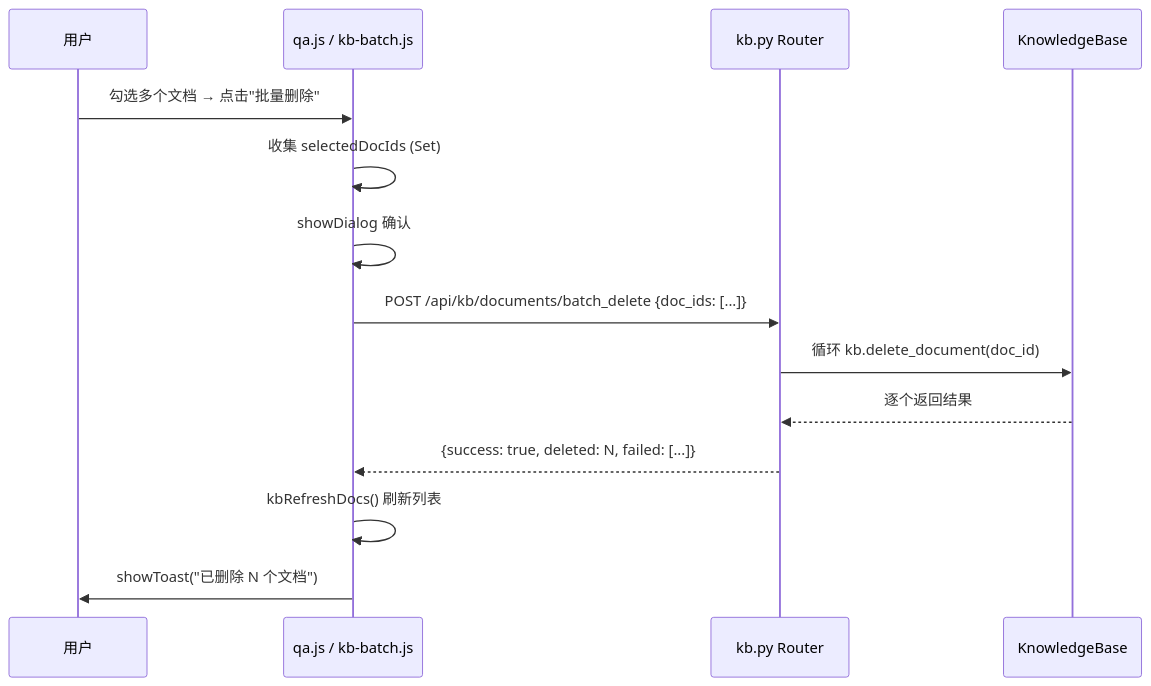
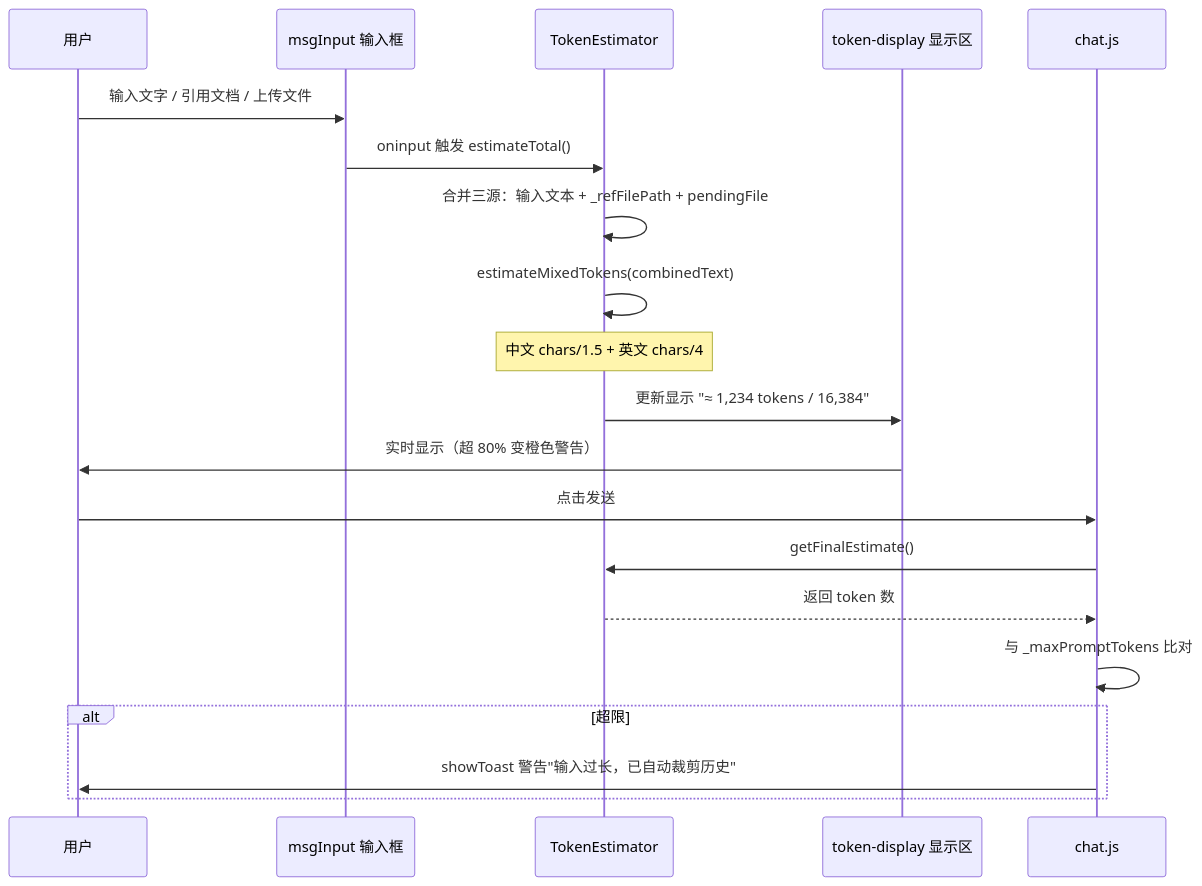
Before and after one commit to zwq871482439/sidemate: the second of 7 diagrams in docs/system_design.md, drawn with Mermaid. The commit also changed other lines of this file and 27 other files, not shown here.

````diff
--- a/docs/system_design.md
+++ b/docs/system_design.md
@@ -315,17 +220,24 @@
 ```mermaid
 sequenceDiagram
     participant U as 用户
-    participant FE as qa.js / kb-batch.js
-    participant BE as kb.py Router
-    participant KB as KnowledgeBase
+    participant Input as msgInput 输入框
+    participant TE as TokenEstimator
+    participant Disp as token-display 显示区
+    participant Chat as chat.js
 
-    U->>FE: 勾选多个文档 → 点击"批量删除"
-    FE->>FE: 收集 selectedDocIds (Set)
-    FE->>FE: showDialog 确认
-    FE->>BE: POST /api/kb/documents/batch_delete {doc_ids: [...]}
-    BE->>KB: 循环 kb.delete_document(doc_id)
-    KB-->>BE: 逐个返回结果
-    BE-->>FE: {success: true, deleted: N, failed: [...]}
-    FE->>FE: kbRefreshDocs() 刷新列表
-    FE->>U: showToast("已删除 N 个文档")
+    U->>Input: 输入文字 / 引用文档 / 上传文件
+    Input->>TE: oninput 触发 estimateTotal()
+    TE->>TE: 合并三源：输入文本 + _refFilePath + pendingFile
+    TE->>TE: estimateMixedTokens(combinedText)
+    Note over TE: 中文 chars/1.5 + 英文 chars/4
+    TE->>Disp: 更新显示 "≈ 1,234 tokens / 16,384"
+    Disp->>U: 实时显示（超 80% 变橙色警告）
+
+    U->>Chat: 点击发送
+    Chat->>TE: getFinalEstimate()
+    TE-->>Chat: 返回 token 数
+    Chat->>Chat: 与 _maxPromptTokens 比对
+    alt 超限
+        Chat->>U: showToast 警告"输入过长，已自动裁剪历史"
+    end
 ```
````
